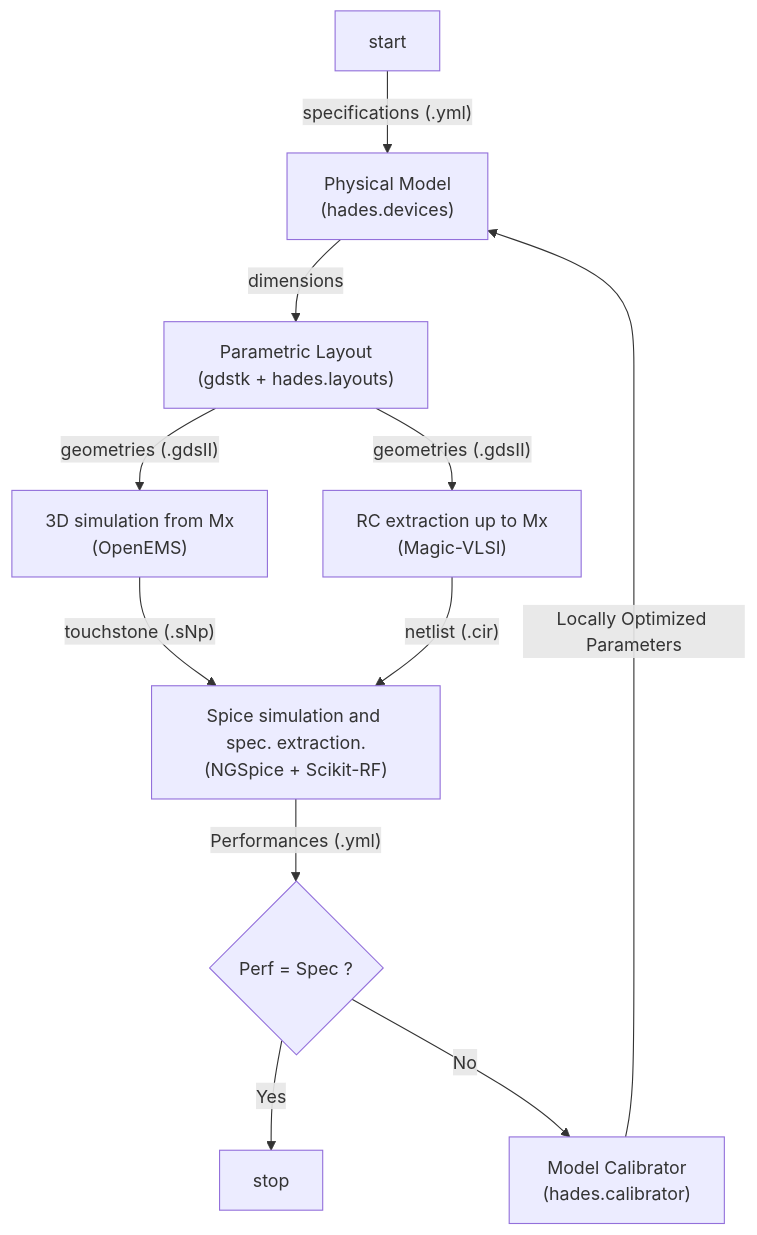
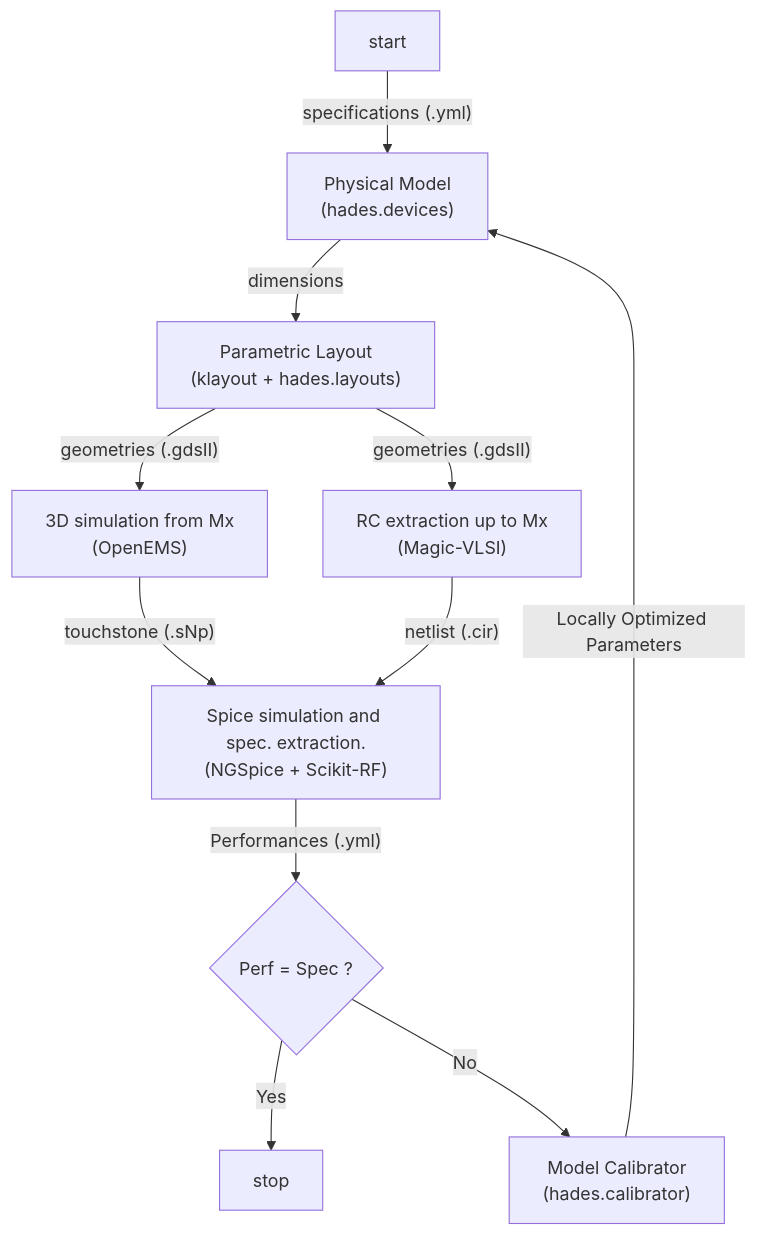
One commit to Patarimi/hades changed the diagram in docs/README.md. Above: the diagram before and after it, drawn with Mermaid. The commit also changed 2 other files, not shown here.

Commit message:
update README.md and dependencies

````diff
--- a/docs/README.md
+++ b/docs/README.md
@@ -22,19 +22,19 @@
 ```mermaid
 flowchart TD
     start -- "specifications (.yml)" --> app["Physical Model
 (hades.devices)"]
     app --dimensions --> pl["Parametric Layout
-(gdstk + hades.layouts)"]
+(klayout + hades.layouts)"]
     pl --"geometries (.gdsII)" --> be_sim["RC extraction up to Mx
 (Magic-VLSI)"]
     pl --"geometries (.gdsII)" --> fe_sim["3D simulation from Mx
 (OpenEMS)"]
     fe_sim -- "touchstone (.sNp)" --> ext["Spice simulation and spec. extraction.
 (NGSpice + Scikit-RF)"]
     be_sim --"netlist (.cir)" --> ext
     ext --"Performances (.yml)" --> atSpec{"Perf = Spec ?"}
     atSpec --> |Yes| stop
     atSpec --> |No| cal["Model Calibrator
 (hades.calibrator)"]
     cal --"Locally Optimized Parameters" --> app
 ```
````
